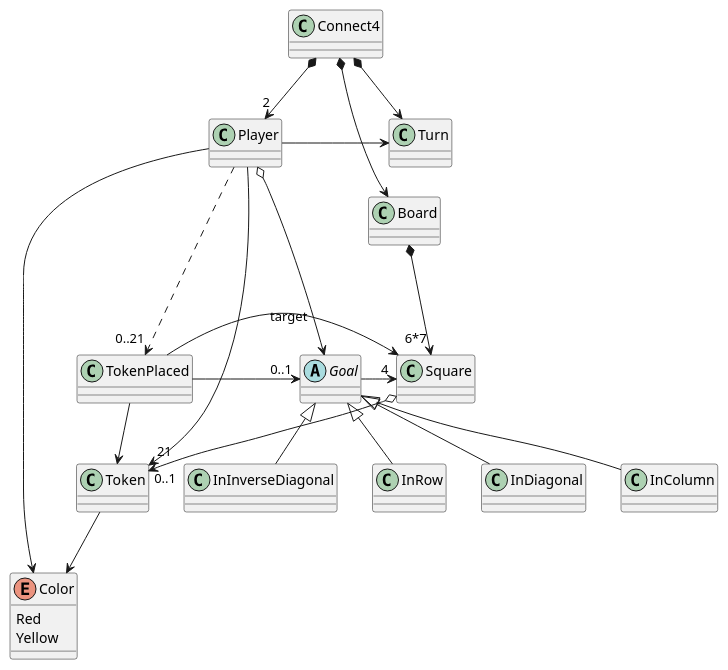
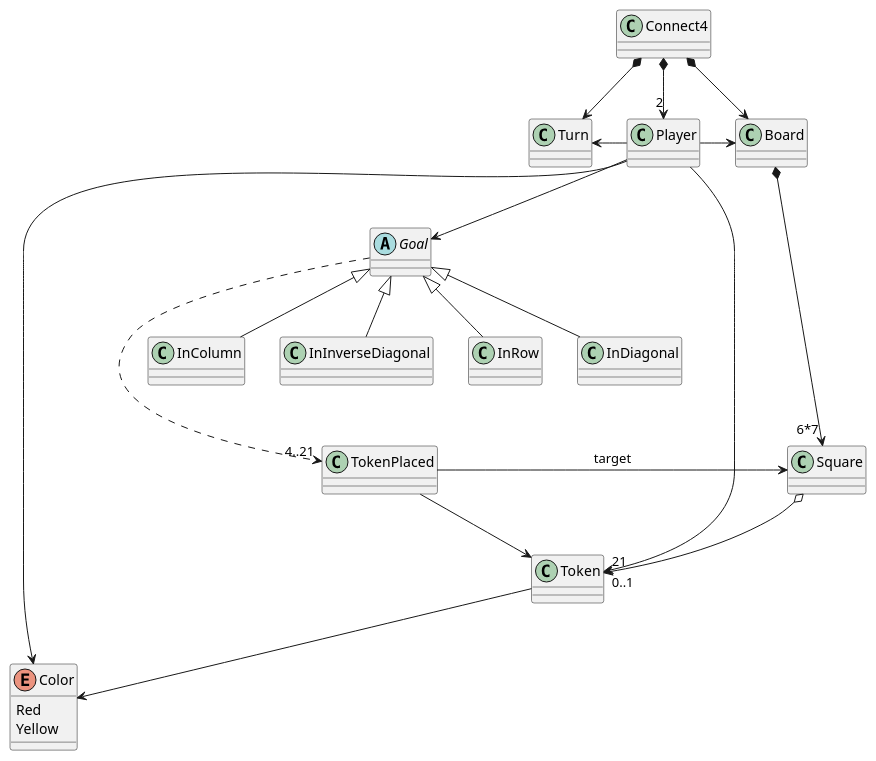
Before and after one commit to PabloMartinFluvia/IT-School: the diagram in MPDS/Connect4/docs/src/domain model overview.plantuml, drawn with PlantUML. The commit also changed 1 other file, not shown here.

```diff
--- a/MPDS/Connect4/docs/src/domain model overview.plantuml
+++ b/MPDS/Connect4/docs/src/domain model overview.plantuml
@@ -1,64 +1,63 @@
 @startuml
 
 class Connect4
 'connect4 main classes:'
 class Player
 class Turn
 class Board
 class Token
 
 class Square
 
 'goals'
 abstract class Goal
 class InRow
 class InDiagonal
 class InColumn
 class InInverseDiagonal
 
 'events'
 class TokenPlaced
 
 'token & player color'
 enum Color{
 Red
 Yellow
 }
 
 'connect4 composites'
 Connect4 *-down-> "2" Player
 Connect4 *-down-> Turn
 Connect4 *-down-> Board
 
 
 'player dependencies'
-Player -right-> Turn
-Player o-down-> Goal
-Player .down.-> "0..21" TokenPlaced
+Player -left-> Turn
+Player -right-> Board
+Player -down-> Goal
 Player -down-> Color
 Player -down-> "21" Token
 
 'board dependencies'
 Board *-down-> "6*7" Square
 
 'token placed event dependencies'
-TokenPlaced -right-> "0..1" Goal
 TokenPlaced -right->  Token
 TokenPlaced -right-> Square : target
 
 'goal dependencies'
-Goal -right-> "4" Square
+Goal .down.-> "4..21" TokenPlaced
 
 'square dependencies'
 Square o-down-> "0..1" Token
 
 'goal children'
 Goal <|-down- InRow
 Goal <|-down- InColumn
 Goal <|-down- InDiagonal
 Goal <|-down- InInverseDiagonal
 
 'token dependencies'
 Token -down-> Color
 
 @enduml
```
